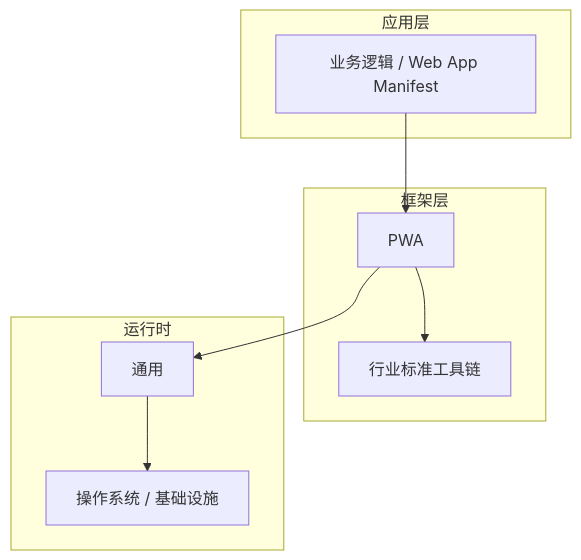
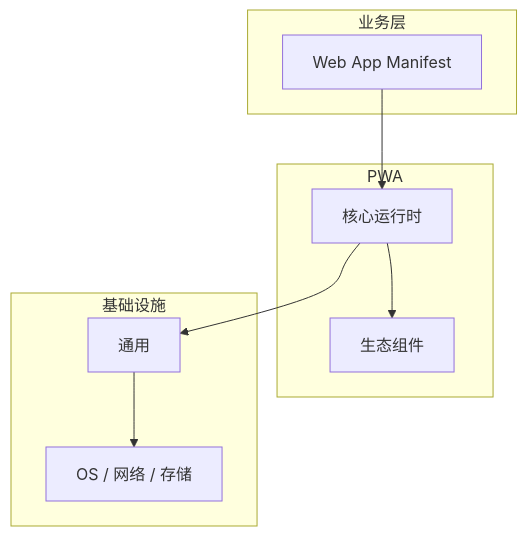
The diagram in articles/PWA/chapters/013-Web-App-Manifest核心概念与原理.md (yanggan2015/knowledge-json-v2), drawn with Mermaid before and after one commit. The commit also changed other lines of this file and 10127 other files, not shown here.

````diff
--- a/articles/PWA/chapters/013-Web-App-Manifest核心概念与原理.md
+++ b/articles/PWA/chapters/013-Web-App-Manifest核心概念与原理.md
@@ -45,18 +34,18 @@
 ```mermaid
 graph TB
-    subgraph 应用层
-        A[业务逻辑 / Web App Manifest]
+    subgraph 业务层
+        A[Web App Manifest]
     end
-    subgraph 框架层
-        B[PWA]
-        C[行业标准工具链]
+    subgraph PWA
+        B[核心运行时]
+        C[生态组件]
     end
-    subgraph 运行时
+    subgraph 基础设施
         D[通用]
-        E[操作系统 / 基础设施]
+        E[OS / 网络 / 存储]
     end
     A --> B
     B --> C
     B --> D
     D --> E
 ```
````
